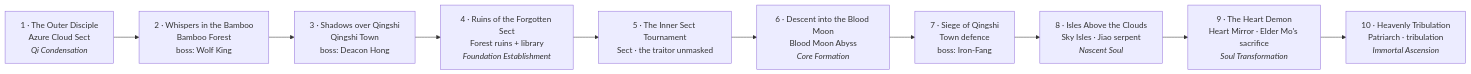
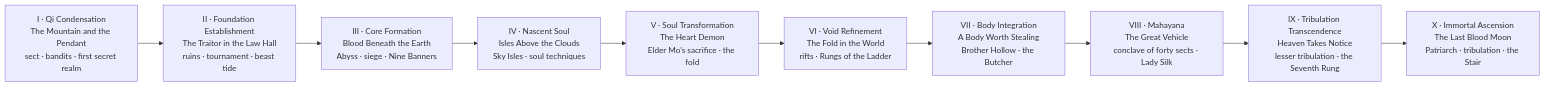
The first of 3 diagrams in README.md (jgyy/vnxianxia), drawn with Mermaid before and after one commit. The commit also changed other lines of this file and 2 other files, not shown here.

````diff
--- a/README.md
+++ b/README.md
@@ -32,12 +34,12 @@
 ```mermaid
 flowchart LR
-    C1["1 · The Outer Disciple<br/>Azure Cloud Sect<br/><i>Qi Condensation</i>"] --> C2["2 · Whispers in the Bamboo<br/>Bamboo Forest<br/>boss: Wolf King"]
-    C2 --> C3["3 · Shadows over Qingshi<br/>Qingshi Town<br/>boss: Deacon Hong"]
-    C3 --> C4["4 · Ruins of the Forgotten Sect<br/>Forest ruins + library<br/><i>Foundation Establishment</i>"]
-    C4 --> C5["5 · The Inner Sect Tournament<br/>Sect · the traitor unmasked"]
-    C5 --> C6["6 · Descent into the Blood Moon<br/>Blood Moon Abyss<br/><i>Core Formation</i>"]
-    C6 --> C7["7 · Siege of Qingshi<br/>Town defence<br/>boss: Iron-Fang"]
-    C7 --> C8["8 · Isles Above the Clouds<br/>Sky Isles · Jiao serpent<br/><i>Nascent Soul</i>"]
-    C8 --> C9["9 · The Heart Demon<br/>Heart Mirror · Elder Mo's sacrifice<br/><i>Soul Transformation</i>"]
-    C9 --> C10["10 · Heavenly Tribulation<br/>Patriarch · tribulation<br/><i>Immortal Ascension</i>"]
+    V1["I · Qi Condensation<br/>The Mountain and the Pendant<br/>sect · bandits · first secret realm"] --> V2["II · Foundation Establishment<br/>The Traitor in the Law Hall<br/>ruins · tournament · beast tide"]
+    V2 --> V3["III · Core Formation<br/>Blood Beneath the Earth<br/>Abyss · siege · Nine Banners"]
+    V3 --> V4["IV · Nascent Soul<br/>Isles Above the Clouds<br/>Sky Isles · soul techniques"]
+    V4 --> V5["V · Soul Transformation<br/>The Heart Demon<br/>Elder Mo's sacrifice · the fold"]
+    V5 --> V6["VI · Void Refinement<br/>The Fold in the World<br/>rifts · Rungs of the Ladder"]
+    V6 --> V7["VII · Body Integration<br/>A Body Worth Stealing<br/>Brother Hollow · the Butcher"]
+    V7 --> V8["VIII · Mahayana<br/>The Great Vehicle<br/>conclave of forty sects · Lady Silk"]
+    V8 --> V9["IX · Tribulation Transcendence<br/>Heaven Takes Notice<br/>lesser tribulation · the Seventh Rung"]
+    V9 --> V10["X · Immortal Ascension<br/>The Last Blood Moon<br/>Patriarch · tribulation · the Stair"]
 ```
````
